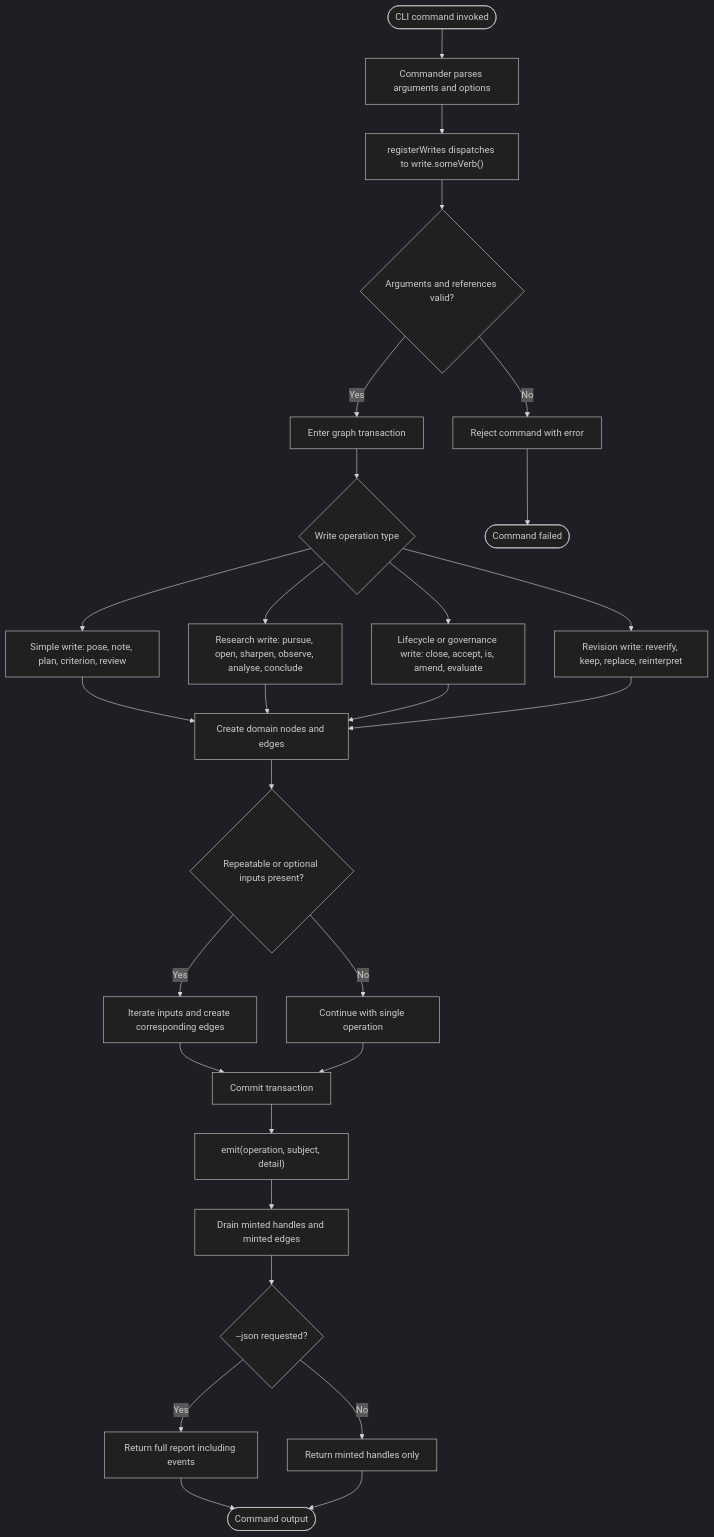
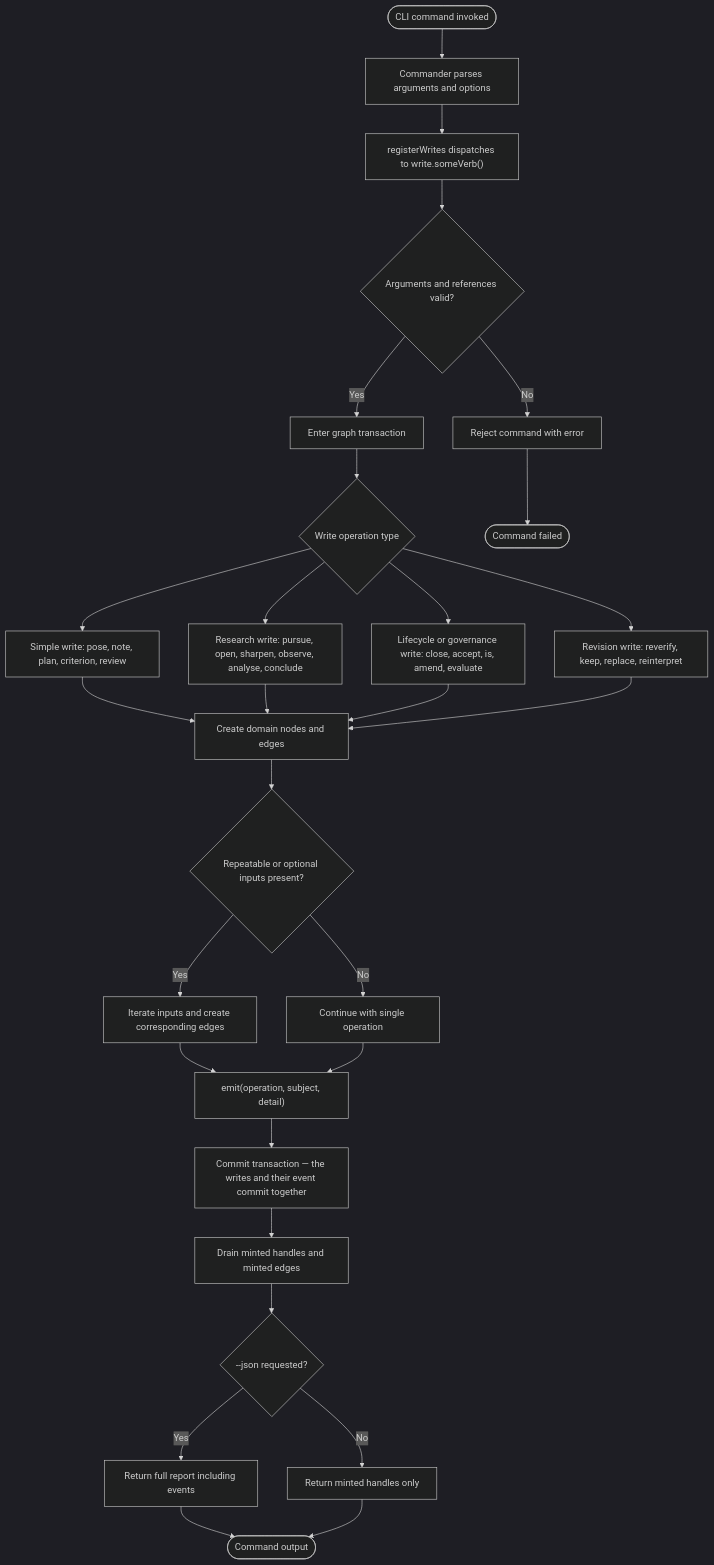
The diagram in docs/diagrams/cli-write.mmd (danbarua/labkit), drawn with Mermaid (dark theme) before and after one commit. The commit also changed 1 other file, not shown here.

Commit message:
The write diagram commits the event with its writes
docs/diagrams/cli-write.mmd showed "Commit transaction" then
"emit(...)" -- the pre-PJ-032 shape, where an interrupted verb left
durable state with no record of the act. Measured against write.ts:
every emit call sits inside inTransaction, so the event row commits in
the same transaction as the writes it describes. The diagram now says
so.

Also the two CLAUDE.md pointers the diagrams move left behind:
docs/dependency-graph.mmd -> docs/diagrams/dependency-graph.mmd.

Claude-Session: https://claude.ai/code/session_01FWZHuy7xJbVqxyLipnvwdY

```diff
--- a/docs/diagrams/cli-write.mmd
+++ b/docs/diagrams/cli-write.mmd
@@ -1,38 +1,38 @@
 ---
 references:
   - "File: /src/cli/commands/writes.ts"
   - "File: /src/domain/write.ts"
 generationTime: 2026-09-03T09:24:36.993Z
 ---
 flowchart TD
     A(["CLI command invoked"]) --> B["Commander parses arguments and options"]
     B --> C["registerWrites dispatches to write.someVerb()"]
     C --> D{"Arguments and references valid?"}
     D -->|"No"| E["Reject command with error"]
     D -->|"Yes"| F["Enter graph transaction"]
 
     F --> G{"Write operation type"}
     G --> H["Simple write: pose, note, plan, criterion, review"]
     G --> I["Research write: pursue, open, sharpen, observe, analyse, conclude"]
     G --> J["Lifecycle or governance write: close, accept, is, amend, evaluate"]
     G --> K["Revision write: reverify, keep, replace, reinterpret"]
 
     H --> L["Create domain nodes and edges"]
     I --> L
     J --> L
     K --> L
 
     L --> M{"Repeatable or optional inputs present?"}
     M -->|"Yes"| N["Iterate inputs and create corresponding edges"]
     M -->|"No"| O["Continue with single operation"]
-    N --> P["Commit transaction"]
-    O --> P
+    N --> Q["emit(operation, subject, detail)"]
+    O --> Q
 
-    P --> Q["emit(operation, subject, detail)"]
-    Q --> R["Drain minted handles and minted edges"]
+    Q --> P["Commit transaction — the writes and their event commit together"]
+    P --> R["Drain minted handles and minted edges"]
     R --> S{"--json requested?"}
     S -->|"Yes"| T["Return full report including events"]
     S -->|"No"| U["Return minted handles only"]
     T --> V(["Command output"])
     U --> V
     E --> W(["Command failed"])
```
